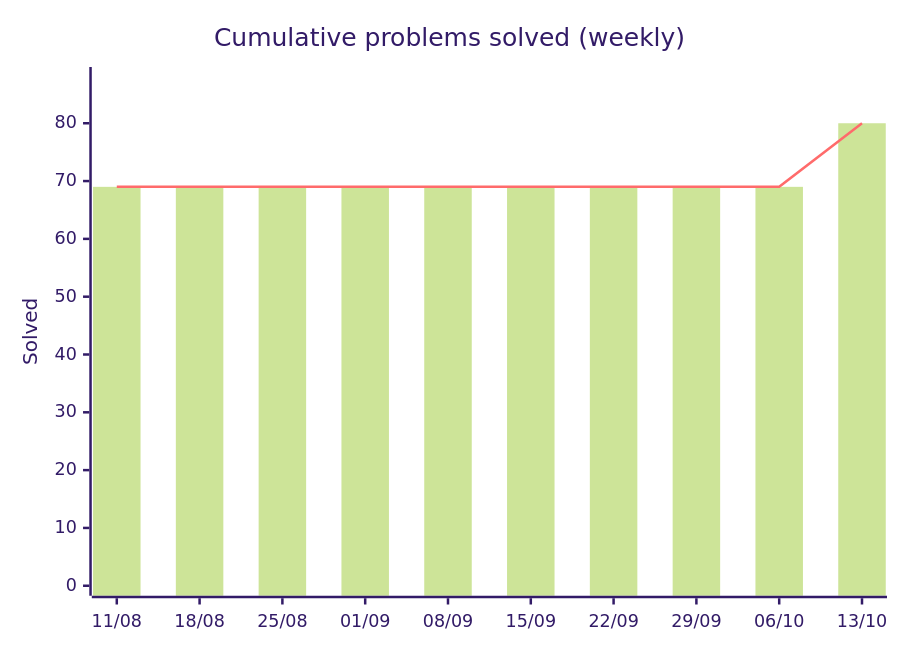
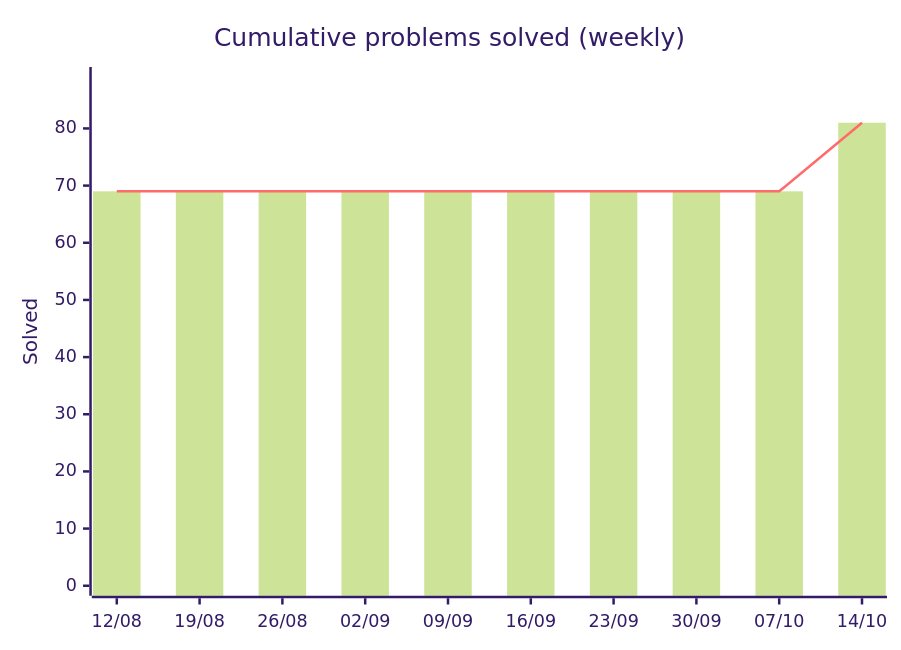
Before and after one commit to HarryTrn/TensorTonic-Solutions: the first of 2 diagrams in README.md, drawn with Mermaid (forest theme). The commit also changed other lines of this file, not shown here.

````diff
--- a/README.md
+++ b/README.md
@@ -65,8 +65,8 @@
 ```mermaid
 xychart-beta
     title "Cumulative problems solved (weekly)"
-    x-axis ["11/08", "18/08", "25/08", "01/09", "08/09", "15/09", "22/09", "29/09", "06/10", "13/10"]
-    y-axis "Solved" 0 --> 88
-    bar [69, 69, 69, 69, 69, 69, 69, 69, 69, 80]
-    line [69, 69, 69, 69, 69, 69, 69, 69, 69, 80]
+    x-axis ["12/08", "19/08", "26/08", "02/09", "09/09", "16/09", "23/09", "30/09", "07/10", "14/10"]
+    y-axis "Solved" 0 --> 89
+    bar [69, 69, 69, 69, 69, 69, 69, 69, 69, 81]
+    line [69, 69, 69, 69, 69, 69, 69, 69, 69, 81]
 ```
````
